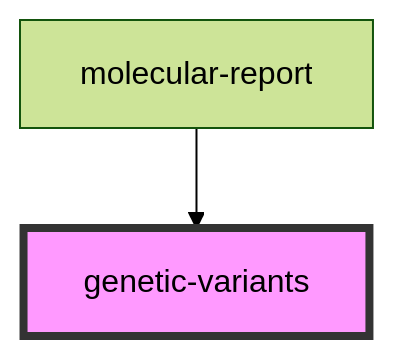
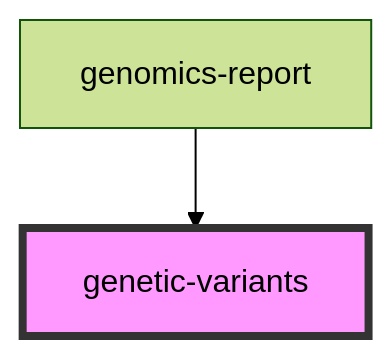
One commit to molit-institute/genomics-reporting-viewer changed the diagram in src/components/genetic-variants/readme.md. Above: the diagram before and after it, drawn with Mermaid (forest theme). The commit also changed other lines of this file and 10 other files, not shown here.

Commit message:
Renamed molecular-report into genomics-report and added Components description to readme.md

````diff
--- a/src/components/genetic-variants/readme.md
+++ b/src/components/genetic-variants/readme.md
@@ -29,5 +29,5 @@
 ```mermaid
 graph TD;
-  molecular-report --> genetic-variants
+  genomics-report --> genetic-variants
   style genetic-variants fill:#f9f,stroke:#333,stroke-width:4px
 ```
````
